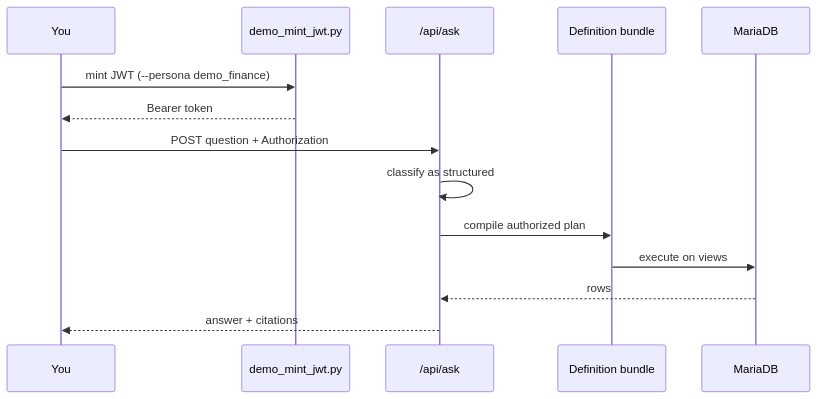
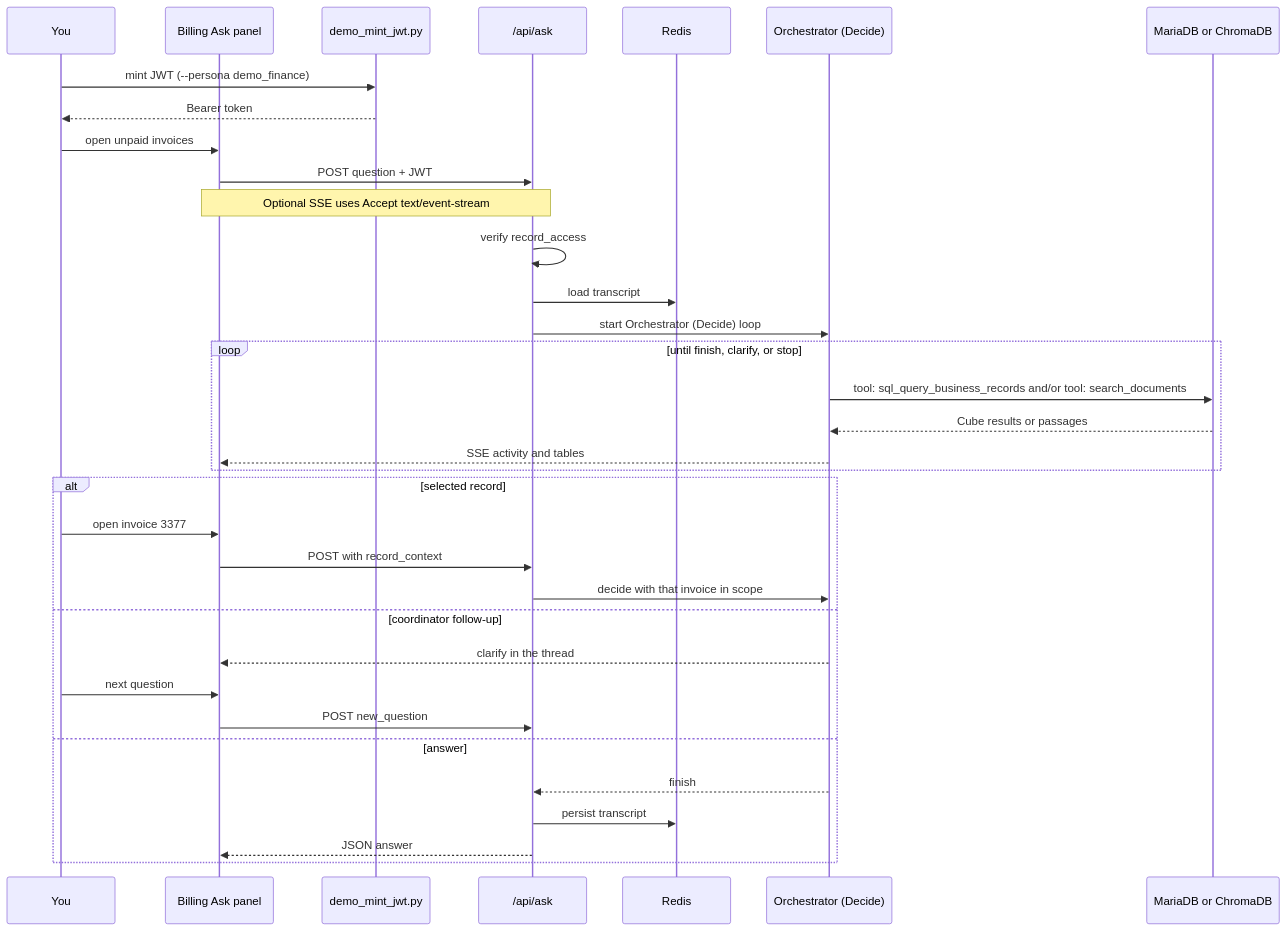
One commit to abhaloo/mcp-assistant-demo changed the second of 2 diagrams in README.md. Above: the diagram before and after it, drawn with Mermaid. The commit also changed other lines of this file and 3 other files, not shown here.

Commit message:
docs: LangGraph architecture diagram and record-links replay

````diff
--- a/README.md
+++ b/README.md
@@ -35,16 +77,37 @@
 ```mermaid
 sequenceDiagram
   participant U as You
+  participant P as Billing Ask panel
   participant M as demo_mint_jwt.py
   participant A as /api/ask
-  participant B as Definition bundle
-  participant D as MariaDB
+  participant R as Redis
+  participant G as Orchestrator (Decide)
+  participant D as MariaDB or ChromaDB
+
   U->>M: mint JWT (--persona demo_finance)
   M-->>U: Bearer token
-  U->>A: POST question + Authorization
-  A->>A: classify as structured
-  A->>B: compile authorized plan
-  B->>D: execute on views
-  D-->>A: rows
-  A-->>U: answer + citations
+  U->>P: open unpaid invoices
+  P->>A: POST question + JWT
+  Note over P,A: Optional SSE uses Accept text/event-stream
+  A->>A: verify record_access
+  A->>R: load transcript
+  A->>G: start Orchestrator (Decide) loop
+  loop until finish, clarify, or stop
+    G->>D: tool: sql_query_business_records and/or tool: search_documents
+    D-->>G: Cube results or passages
+    G-->>P: SSE activity and tables
+  end
+  alt selected record
+    U->>P: open invoice 3377
+    P->>A: POST with record_context
+    A->>G: decide with that invoice in scope
+  else coordinator follow-up
+    G-->>P: clarify in the thread
+    U->>P: next question
+    P->>A: POST new_question
+  else answer
+    G-->>A: finish
+    A->>R: persist transcript
+    A-->>P: JSON answer
+  end
 ```
````
